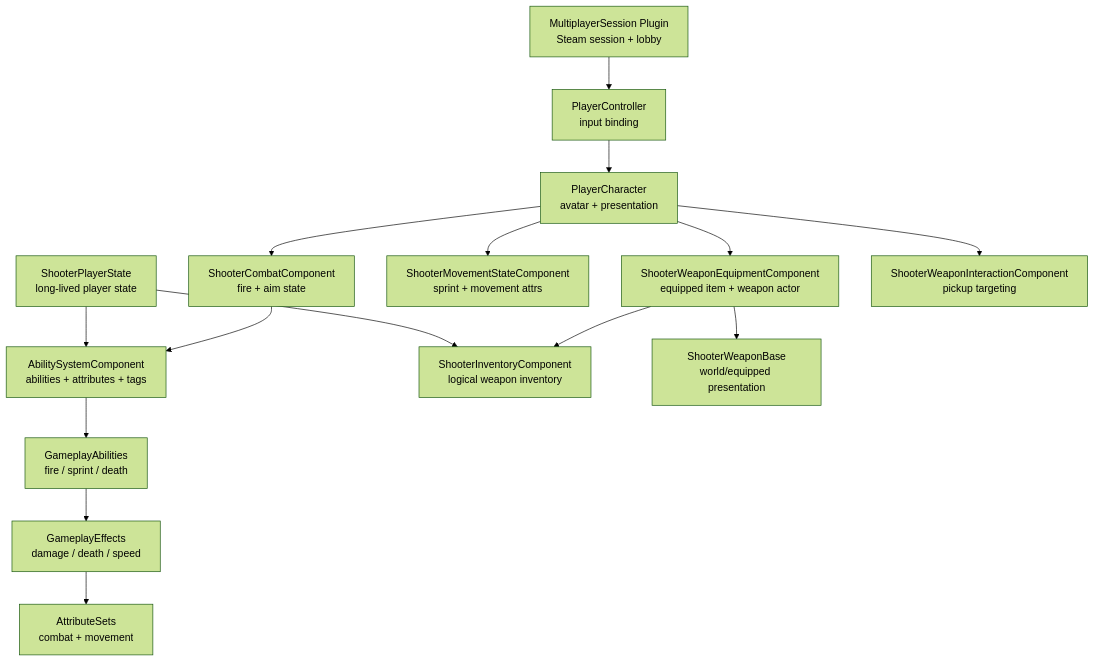
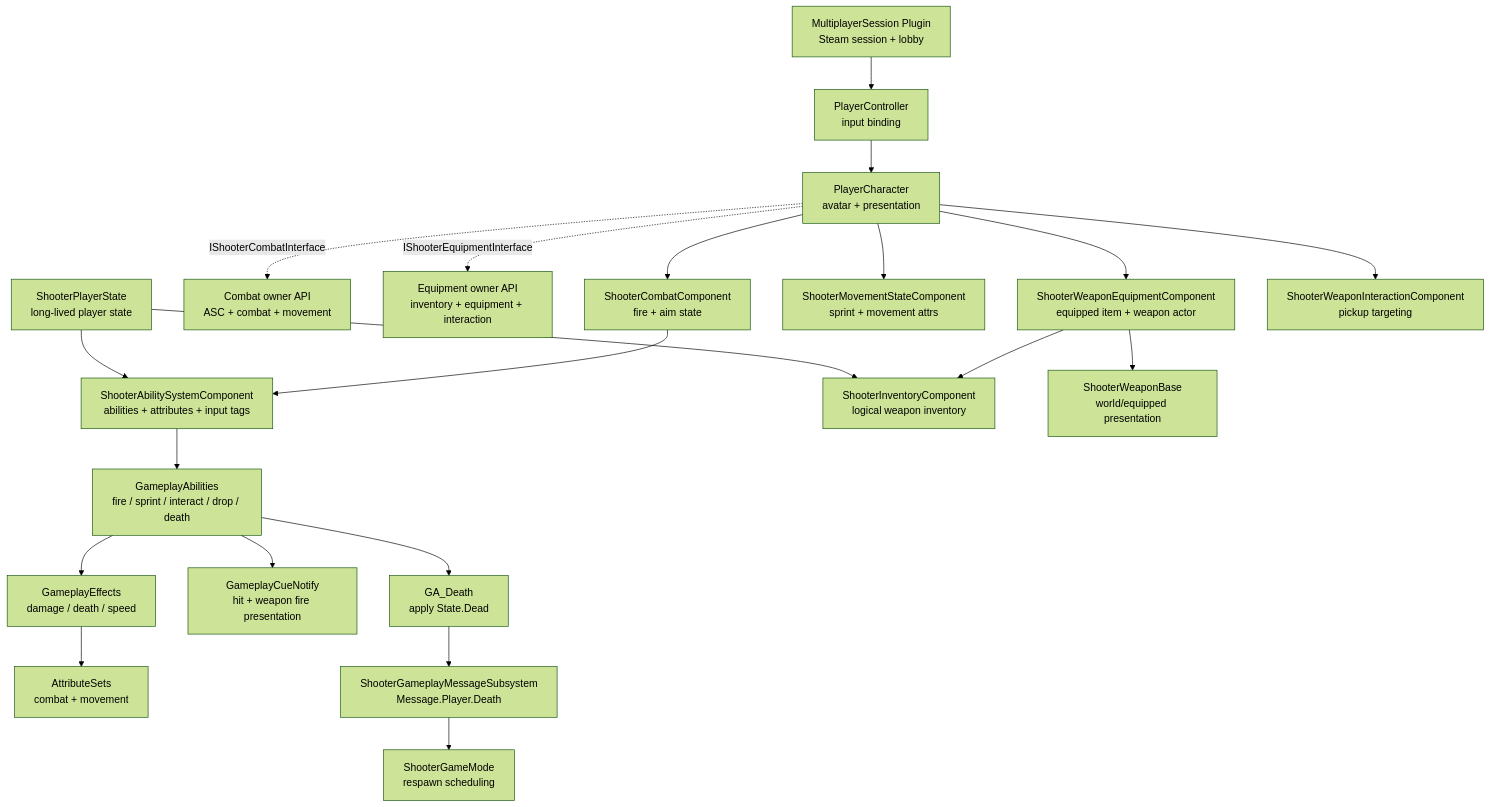
One commit to Ethan-Lian/ShooterGame changed the diagram in README.md. Above: the diagram before and after it, drawn with Mermaid (forest theme). The commit also changed other lines of this file, not shown here.

Commit message:
docs: update architecture overview

````diff
--- a/README.md
+++ b/README.md
@@ -56,17 +72,23 @@
 ```mermaid
 flowchart TD
     PC["PlayerController<br/>input binding"] --> CH["PlayerCharacter<br/>avatar + presentation"]
-    PS["ShooterPlayerState<br/>long-lived player state"] --> ASC["AbilitySystemComponent<br/>abilities + attributes + tags"]
+    PS["ShooterPlayerState<br/>long-lived player state"] --> ASC["ShooterAbilitySystemComponent<br/>abilities + attributes + input tags"]
     PS --> INV["ShooterInventoryComponent<br/>logical weapon inventory"]
+    CH -. "IShooterCombatInterface" .-> COMBAT_IF["Combat owner API<br/>ASC + combat + movement"]
+    CH -. "IShooterEquipmentInterface" .-> EQUIP_IF["Equipment owner API<br/>inventory + equipment + interaction"]
     CH --> COMBAT["ShooterCombatComponent<br/>fire + aim state"]
     CH --> MOVE["ShooterMovementStateComponent<br/>sprint + movement attrs"]
     CH --> EQUIP["ShooterWeaponEquipmentComponent<br/>equipped item + weapon actor"]
     CH --> INTERACT["ShooterWeaponInteractionComponent<br/>pickup targeting"]
     EQUIP --> INV
     EQUIP --> WEAPON["ShooterWeaponBase<br/>world/equipped presentation"]
     COMBAT --> ASC
-    ASC --> ABILITY["GameplayAbilities<br/>fire / sprint / death"]
+    ASC --> ABILITY["GameplayAbilities<br/>fire / sprint / interact / drop / death"]
     ABILITY --> EFFECT["GameplayEffects<br/>damage / death / speed"]
     EFFECT --> ATTR["AttributeSets<br/>combat + movement"]
+    ABILITY --> CUE["GameplayCueNotify<br/>hit + weapon fire presentation"]
+    ABILITY --> DEATH["GA_Death<br/>apply State.Dead"]
+    DEATH --> MSG["ShooterGameplayMessageSubsystem<br/>Message.Player.Death"]
+    MSG --> GM["ShooterGameMode<br/>respawn scheduling"]
     SESSION["MultiplayerSession Plugin<br/>Steam session + lobby"] --> PC
 ```
````
